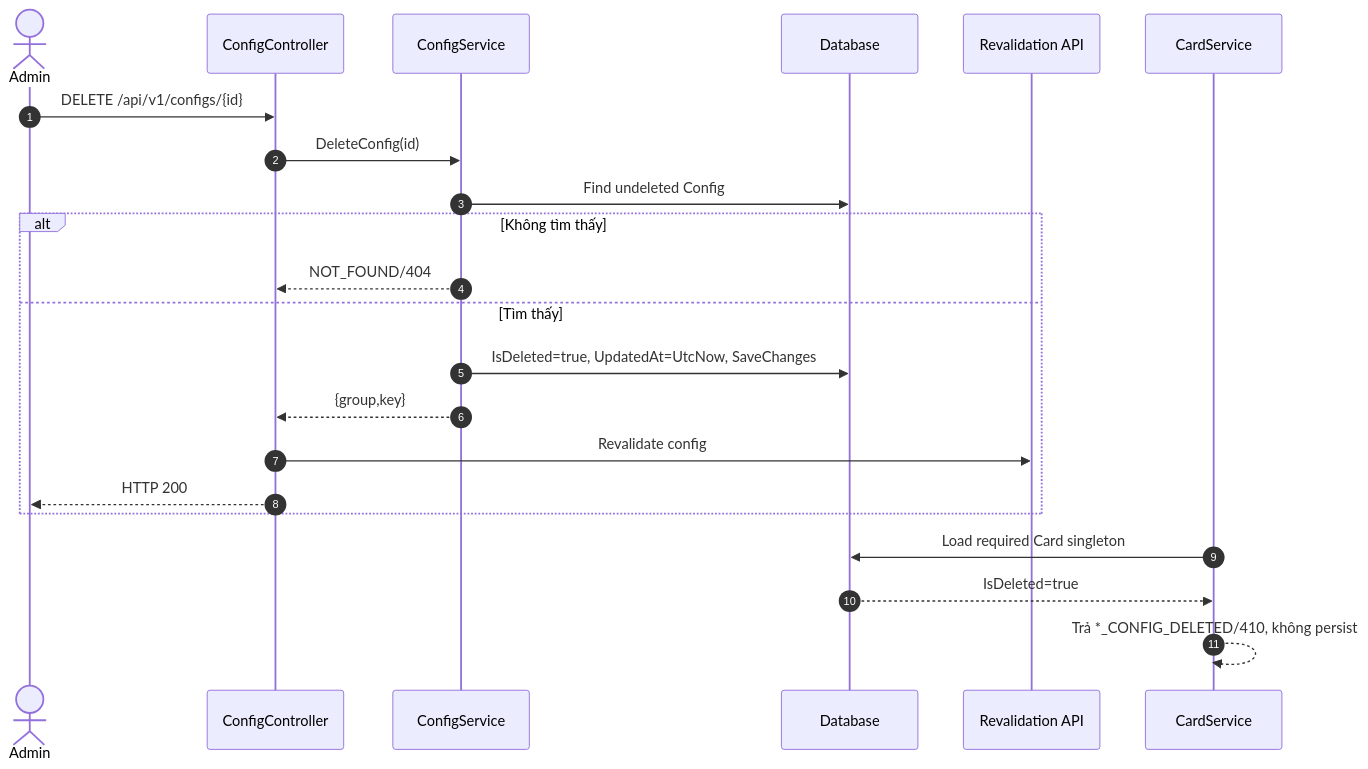
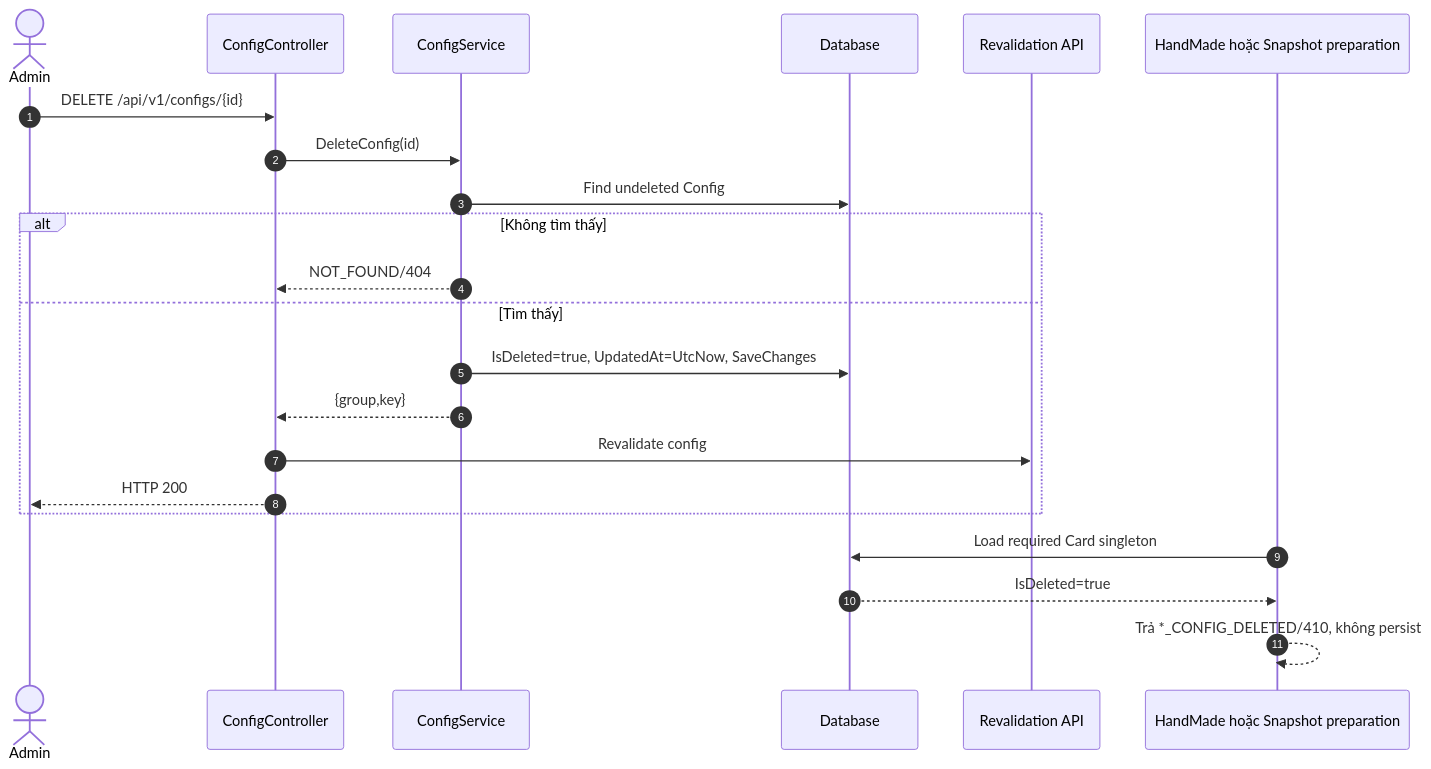
The second of 5 diagrams in HoaTheoMua.Repository/docs/tdd/TDD-011/TDD-011-xoa-card-config.md (TaskCoper/hoatheomua-be), drawn with Mermaid before and after one commit. The commit also changed other lines of this file and 499 other files, not shown here.

````diff
--- a/HoaTheoMua.Repository/docs/tdd/TDD-011/TDD-011-xoa-card-config.md
+++ b/HoaTheoMua.Repository/docs/tdd/TDD-011/TDD-011-xoa-card-config.md
@@ -83,24 +83,24 @@
 ```mermaid
 sequenceDiagram
     autonumber
     actor Admin
     participant C as ConfigController
     participant S as ConfigService
     participant DB as Database
     participant R as Revalidation API
-    participant Card as CardService
+    participant Card as HandMade hoặc Snapshot preparation
     Admin->>C: DELETE /api/v1/configs/{id}
     C->>S: DeleteConfig(id)
     S->>DB: Find undeleted Config
     alt Không tìm thấy
         S-->>C: NOT_FOUND/404
     else Tìm thấy
         S->>DB: IsDeleted=true, UpdatedAt=UtcNow, SaveChanges
         S-->>C: {group,key}
         C->>R: Revalidate config
         C-->>Admin: HTTP 200
     end
     Card->>DB: Load required Card singleton
     DB-->>Card: IsDeleted=true
     Card-->>Card: Trả *_CONFIG_DELETED/410, không persist
 ```
````
